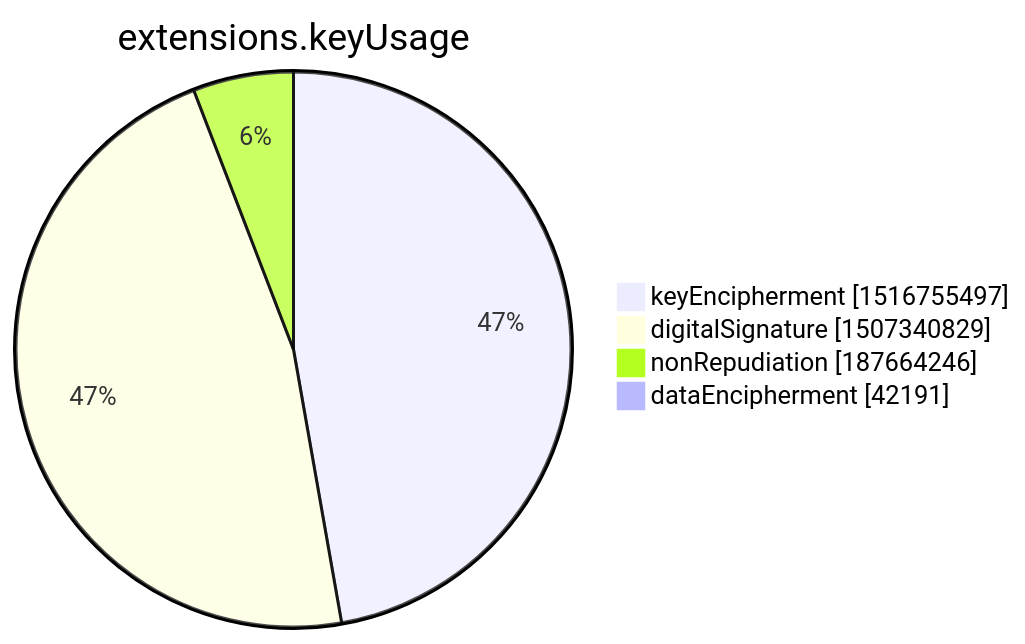
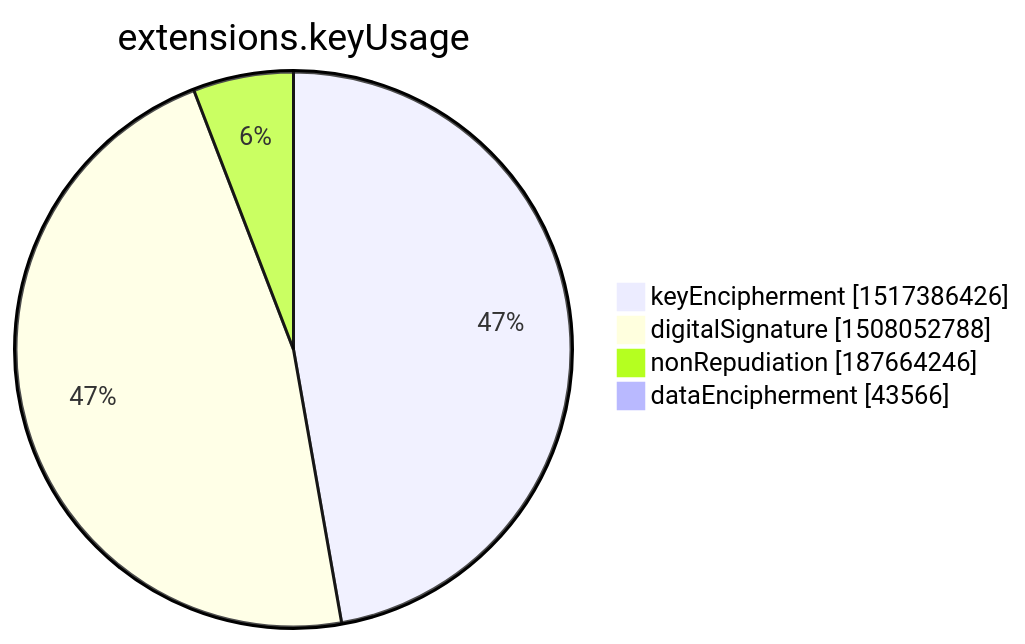
One commit to christiankrug/ctmonitor_visualization changed the seventh of 15 diagrams in xenon2022/README.md. Above: the diagram before and after it, drawn with Mermaid. The commit also changed other lines of this file, not shown here.

````diff
--- a/xenon2022/README.md
+++ b/xenon2022/README.md
@@ -2846,8 +2846,8 @@
 ```mermaid
 pie showData
 title extensions.keyUsage
-"keyEncipherment" :1516755497
-"digitalSignature" :1507340829
+"keyEncipherment" :1517386426
+"digitalSignature" :1508052788
 "nonRepudiation" :187664246
-"dataEncipherment" :42191
+"dataEncipherment" :43566
 ```
````
